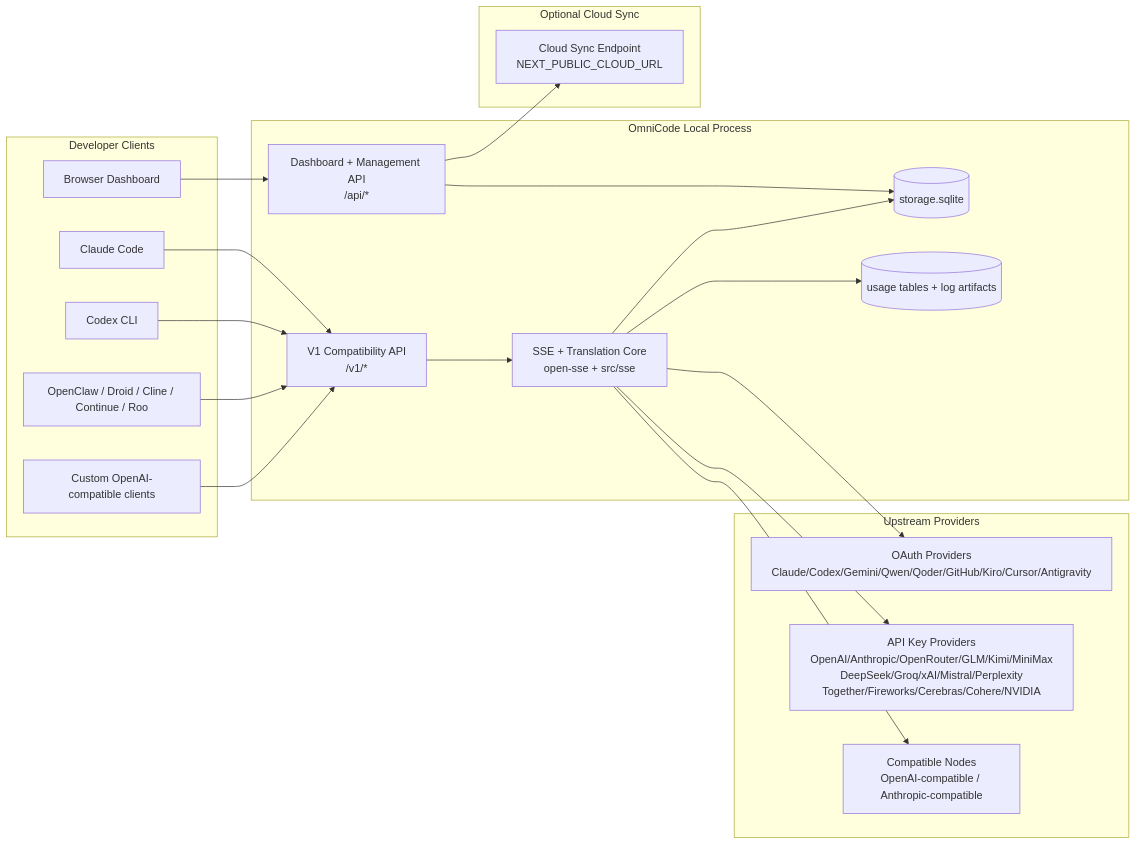
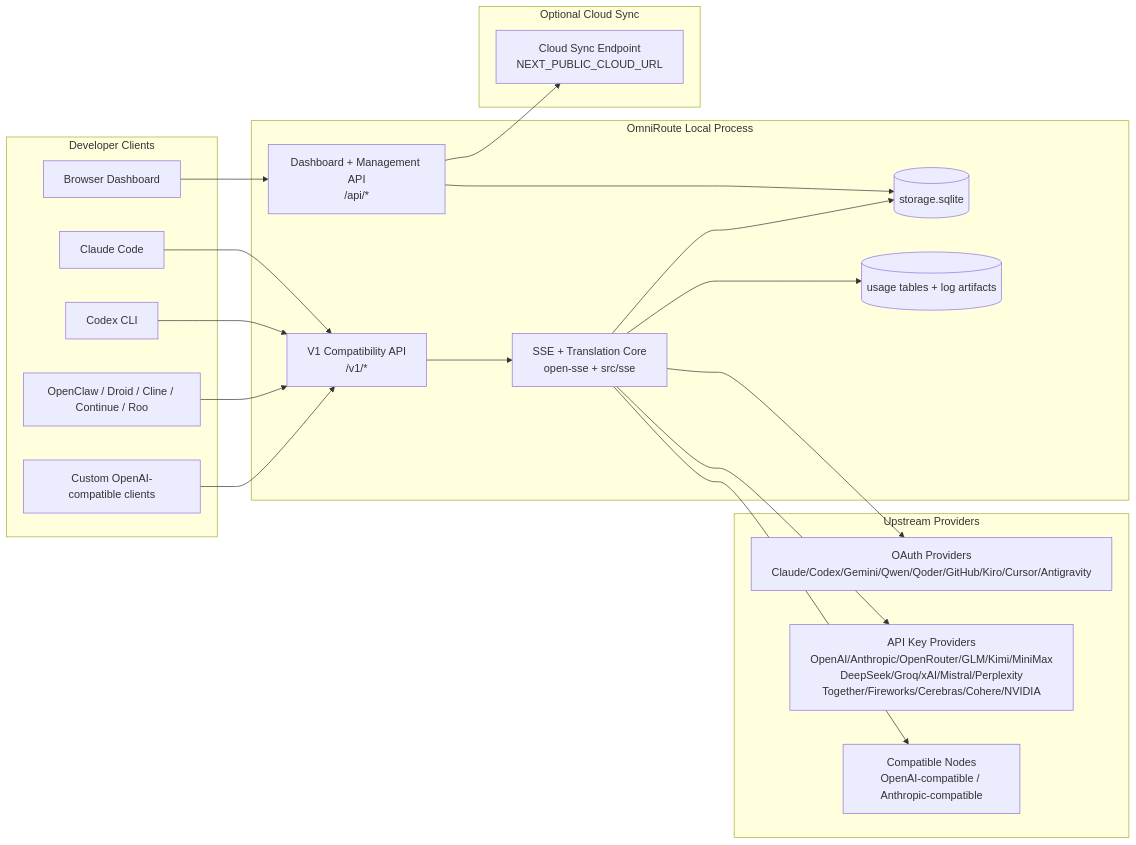
Before and after one commit to vzwjustin/OmniCode: the first of 7 diagrams in docs/architecture/ARCHITECTURE.md, drawn with Mermaid. The commit also changed other lines of this file and 167 other files, not shown here.

````diff
--- a/docs/architecture/ARCHITECTURE.md
+++ b/docs/architecture/ARCHITECTURE.md
@@ -159,45 +159,45 @@
 ```mermaid
 flowchart LR
     subgraph Clients[Developer Clients]
         C1[Claude Code]
         C2[Codex CLI]
         C3[OpenClaw / Droid / Cline / Continue / Roo]
         C4[Custom OpenAI-compatible clients]
         BROWSER[Browser Dashboard]
     end
 
-    subgraph Router[OmniCode Local Process]
+    subgraph Router[OmniRoute Local Process]
         API[V1 Compatibility API\n/v1/*]
         DASH[Dashboard + Management API\n/api/*]
         CORE[SSE + Translation Core\nopen-sse + src/sse]
         DB[(storage.sqlite)]
         UDB[(usage tables + log artifacts)]
     end
 
     subgraph Upstreams[Upstream Providers]
         P1[OAuth Providers\nClaude/Codex/Gemini/Qwen/Qoder/GitHub/Kiro/Cursor/Antigravity]
         P2[API Key Providers\nOpenAI/Anthropic/OpenRouter/GLM/Kimi/MiniMax\nDeepSeek/Groq/xAI/Mistral/Perplexity\nTogether/Fireworks/Cerebras/Cohere/NVIDIA]
         P3[Compatible Nodes\nOpenAI-compatible / Anthropic-compatible]
     end
 
     subgraph Cloud[Optional Cloud Sync]
         CLOUD[Cloud Sync Endpoint\nNEXT_PUBLIC_CLOUD_URL]
     end
 
     C1 --> API
     C2 --> API
     C3 --> API
     C4 --> API
     BROWSER --> DASH
 
     API --> CORE
     DASH --> DB
     CORE --> DB
     CORE --> UDB
 
     CORE --> P1
     CORE --> P2
     CORE --> P3
 
     DASH --> CLOUD
 ```
````
